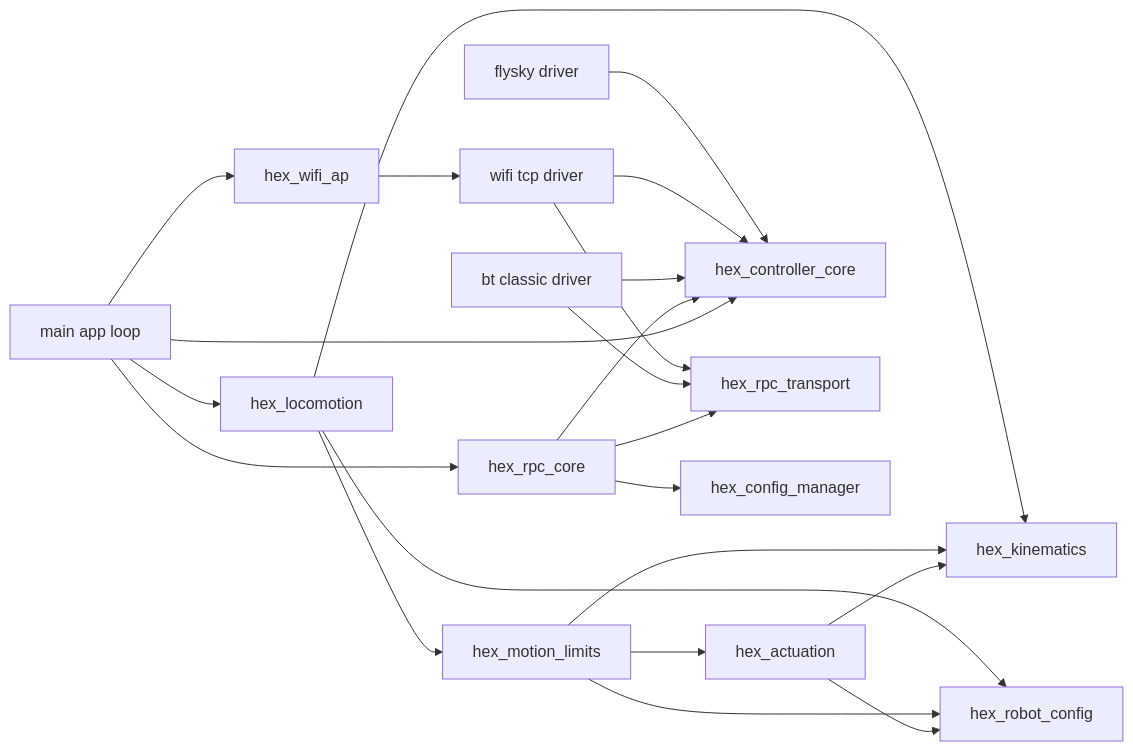
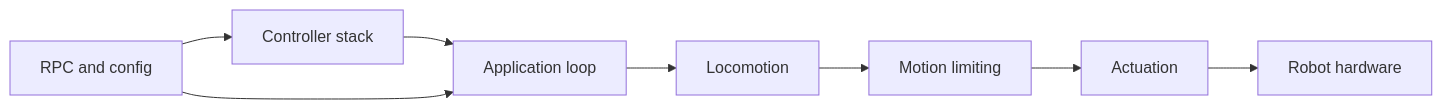
The diagram in README.md (quick-brown-bot/hexapod), drawn with Mermaid before and after one commit. The commit also changed other lines of this file and 19 other files, not shown here.

````diff
--- a/README.md
+++ b/README.md
@@ -64,38 +50,15 @@
 ```mermaid
 flowchart LR
-	App[main app loop]
-	Loc[hex_locomotion]
-	Lim[hex_motion_limits]
-	Act[hex_actuation]
-	Kin[hex_kinematics]
-	Cfg[hex_robot_config]
-	CCore[hex_controller_core]
-	CFly[flysky driver]
-	CWifi[wifi tcp driver]
-	CBt[bt classic driver]
-	RpcCore[hex_rpc_core]
-	RpcTx[hex_rpc_transport]
-	CfgMgr[hex_config_manager]
-	Wap[hex_wifi_ap]
+	Control[Controller stack]
+	Config[RPC and config]
+	App[Application loop]
+	Loc[Locomotion]
+	Limits[Motion limiting]
+	Act[Actuation]
+	Robot[Robot hardware]
 
-	App --> Loc --> Lim --> Act
-	Loc --> Kin
-	Loc --> Cfg
-	Lim --> Kin
-	Lim --> Cfg
-	Act --> Kin
-	Act --> Cfg
-
-	CFly --> CCore
-	CWifi --> CCore
-	CBt --> CCore
-	CWifi --> RpcTx
-	CBt --> RpcTx
-	RpcCore --> RpcTx
-	RpcCore --> CfgMgr
-	RpcCore --> CCore
-	Wap --> CWifi
-	App --> CCore
-	App --> RpcCore
-	App --> Wap
+	Control --> App
+	Config --> App
+	App --> Loc --> Limits --> Act --> Robot
+	Config --> Control
 ```
````
